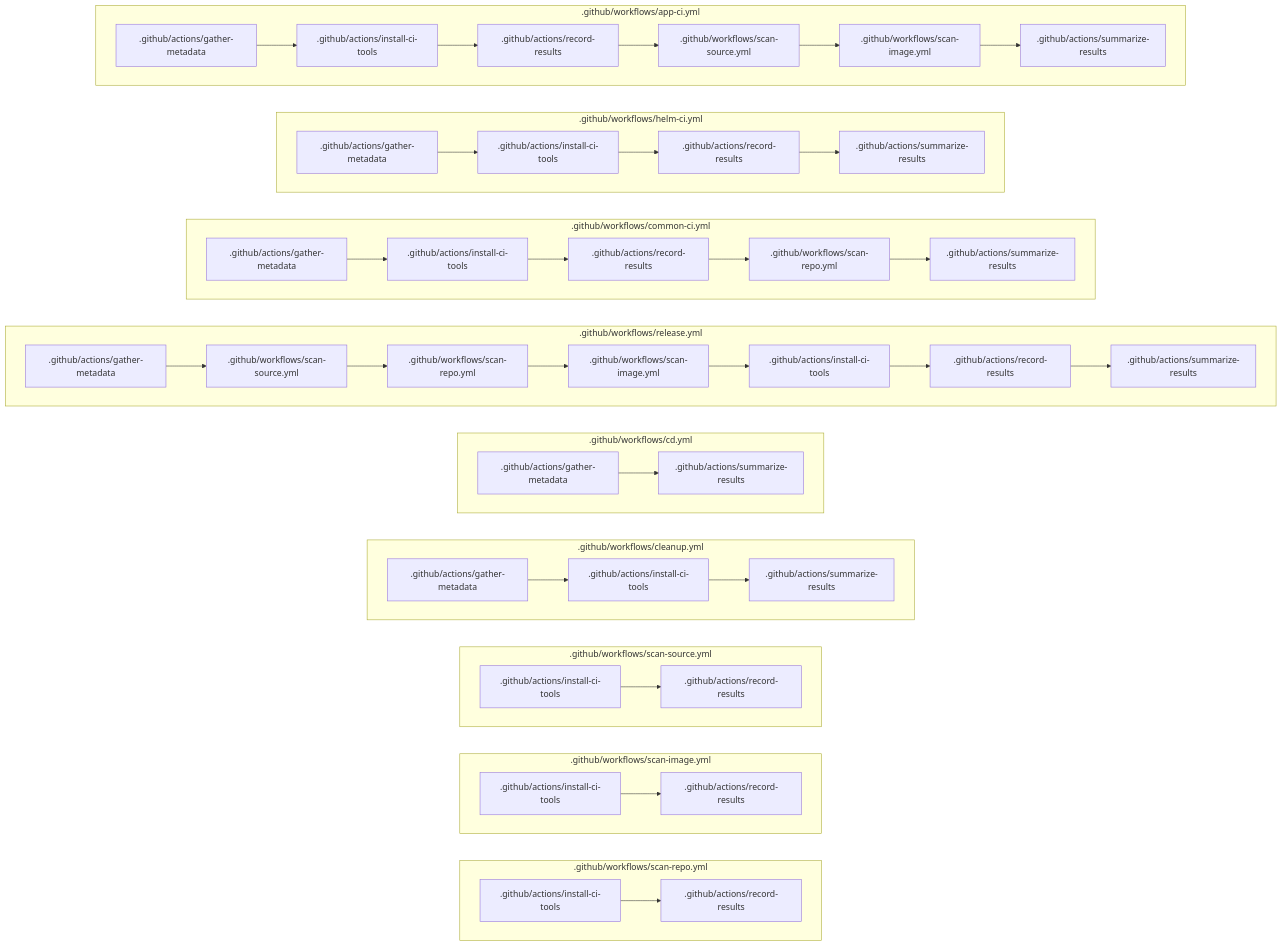
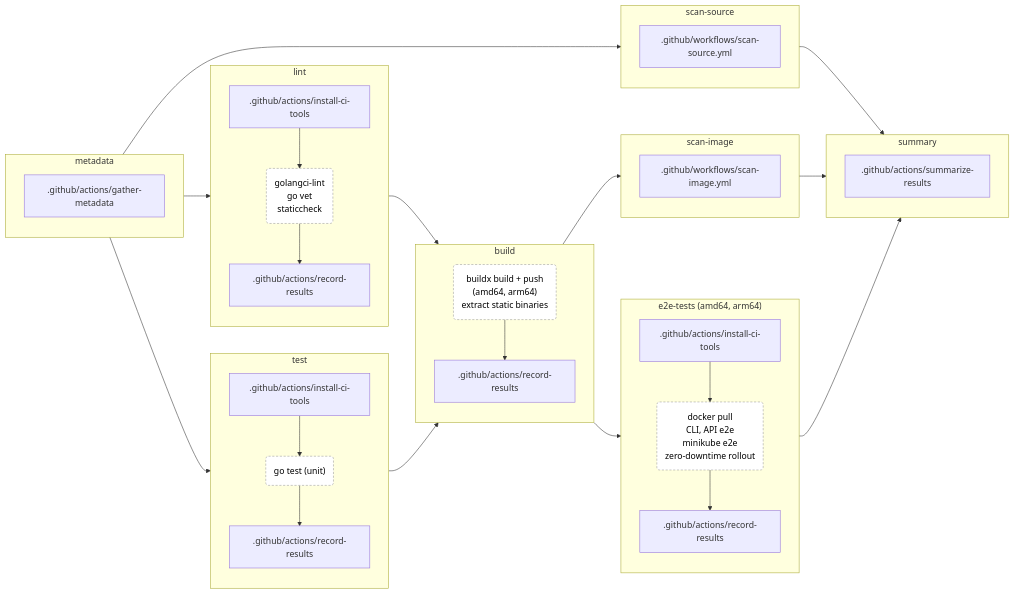
The first of 8 diagrams in docs/GITHUB.md (YoyoBesser/echo-pong), drawn with Mermaid before and after one commit. The commit also changed other lines of this file and 15 other files, not shown here.

````diff
--- a/docs/GITHUB.md
+++ b/docs/GITHUB.md
@@ -16,73 +28,57 @@
 ```mermaid
-flowchart TB
-  subgraph g0[.github/workflows/app-ci.yml]
-    direction LR
-    g0n0[.github/actions/gather-metadata]
-    g0n1[.github/actions/install-ci-tools]
-    g0n2[.github/actions/record-results]
-    g0n3[.github/workflows/scan-source.yml]
-    g0n4[.github/workflows/scan-image.yml]
-    g0n5[.github/actions/summarize-results]
-    g0n0 --> g0n1 --> g0n2 --> g0n3 --> g0n4 --> g0n5
+flowchart LR
+  classDef do fill:#fff,stroke:#999,stroke-dasharray:4 3,color:#000
+  subgraph j_metadata["metadata"]
+    direction TB
+    j_metadata_0[.github/actions/gather-metadata]
   end
-  subgraph g1[.github/workflows/helm-ci.yml]
-    direction LR
-    g1n0[.github/actions/gather-metadata]
-    g1n1[.github/actions/install-ci-tools]
-    g1n2[.github/actions/record-results]
-    g1n3[.github/actions/summarize-results]
-    g1n0 --> g1n1 --> g1n2 --> g1n3
+  subgraph j_lint["lint"]
+    direction TB
+    j_lint_0[.github/actions/install-ci-tools]
+    j_lint_1("golangci-lint<br>go vet<br>staticcheck"):::do
+    j_lint_2[.github/actions/record-results]
+    j_lint_0 --> j_lint_1 --> j_lint_2
   end
-  subgraph g2[.github/workflows/common-ci.yml]
-    direction LR
-    g2n0[.github/actions/gather-metadata]
-    g2n1[.github/actions/install-ci-tools]
-    g2n2[.github/actions/record-results]
-    g2n3[.github/workflows/scan-repo.yml]
-    g2n4[.github/actions/summarize-results]
-    g2n0 --> g2n1 --> g2n2 --> g2n3 --> g2n4
+  subgraph j_test["test"]
+    direction TB
+    j_test_0[.github/actions/install-ci-tools]
+    j_test_1("go test (unit)"):::do
+    j_test_2[.github/actions/record-results]
+    j_test_0 --> j_test_1 --> j_test_2
   end
-  subgraph g3[.github/workflows/release.yml]
-    direction LR
-    g3n0[.github/actions/gather-metadata]
-    g3n1[.github/workflows/scan-source.yml]
-    g3n2[.github/workflows/scan-repo.yml]
-    g3n3[.github/workflows/scan-image.yml]
-    g3n4[.github/actions/install-ci-tools]
-    g3n5[.github/actions/record-results]
-    g3n6[.github/actions/summarize-results]
-    g3n0 --> g3n1 --> g3n2 --> g3n3 --> g3n4 --> g3n5 --> g3n6
+  subgraph j_scan_source["scan-source"]
+    direction TB
+    j_scan_source_0[.github/workflows/scan-source.yml]
   end
-  subgraph g4[.github/workflows/cd.yml]
-    direction LR
-    g4n0[.github/actions/gather-metadata]
-    g4n1[.github/actions/summarize-results]
-    g4n0 --> g4n1
+  subgraph j_build["build"]
+    direction TB
+    j_build_0("buildx build + push<br>(amd64, arm64)<br>extract static binaries"):::do
+    j_build_1[.github/actions/record-results]
+    j_build_0 --> j_build_1
   end
-  subgraph g5[.github/workflows/cleanup.yml]
-    direction LR
-    g5n0[.github/actions/gather-metadata]
-    g5n1[.github/actions/install-ci-tools]
-    g5n2[.github/actions/summarize-results]
-    g5n0 --> g5n1 --> g5n2
+  subgraph j_scan_image["scan-image"]
+    direction TB
+    j_scan_image_0[.github/workflows/scan-image.yml]
   end
-  subgraph g6[.github/workflows/scan-source.yml]
-    direction LR
-    g6n0[.github/actions/install-ci-tools]
-    g6n1[.github/actions/record-results]
-    g6n0 --> g6n1
+  subgraph j_e2e_tests["e2e-tests (amd64, arm64)"]
+    direction TB
+    j_e2e_tests_0[.github/actions/install-ci-tools]
+    j_e2e_tests_1("docker pull<br>CLI, API e2e<br>minikube e2e<br>zero-downtime rollout"):::do
+    j_e2e_tests_2[.github/actions/record-results]
+    j_e2e_tests_0 --> j_e2e_tests_1 --> j_e2e_tests_2
   end
-  subgraph g7[.github/workflows/scan-image.yml]
-    direction LR
-    g7n0[.github/actions/install-ci-tools]
-    g7n1[.github/actions/record-results]
-    g7n0 --> g7n1
+  subgraph j_summary["summary"]
+    direction TB
+    j_summary_0[.github/actions/summarize-results]
   end
-  subgraph g8[.github/workflows/scan-repo.yml]
-    direction LR
-    g8n0[.github/actions/install-ci-tools]
-    g8n1[.github/actions/record-results]
-    g8n0 --> g8n1
-  end
-  g0 ~~~ g1 ~~~ g2 ~~~ g3 ~~~ g4 ~~~ g5 ~~~ g6 ~~~ g7 ~~~ g8
+  j_metadata --> j_lint
+  j_metadata --> j_test
+  j_metadata --> j_scan_source
+  j_lint --> j_build
+  j_test --> j_build
+  j_build --> j_scan_image
+  j_build --> j_e2e_tests
+  j_scan_source --> j_summary
+  j_scan_image --> j_summary
+  j_e2e_tests --> j_summary
 ```
````
